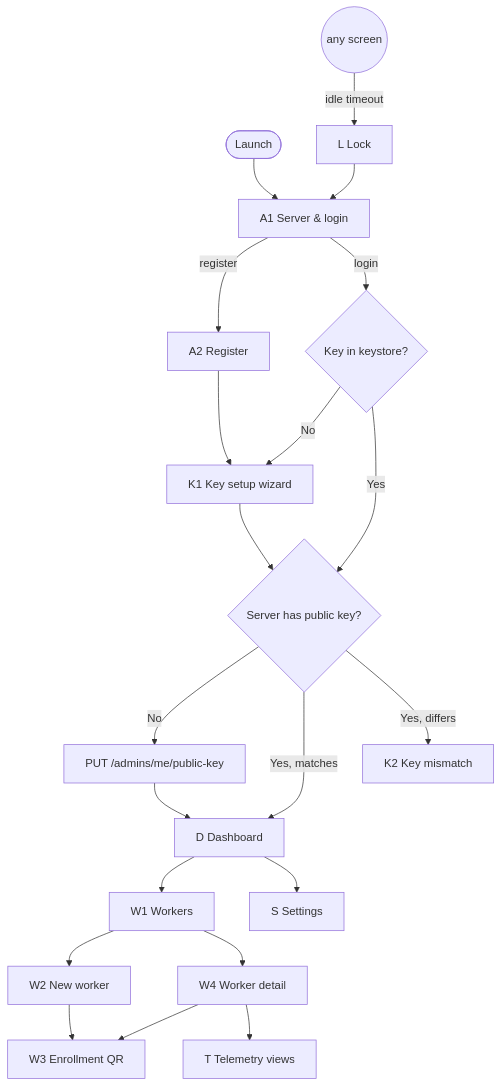
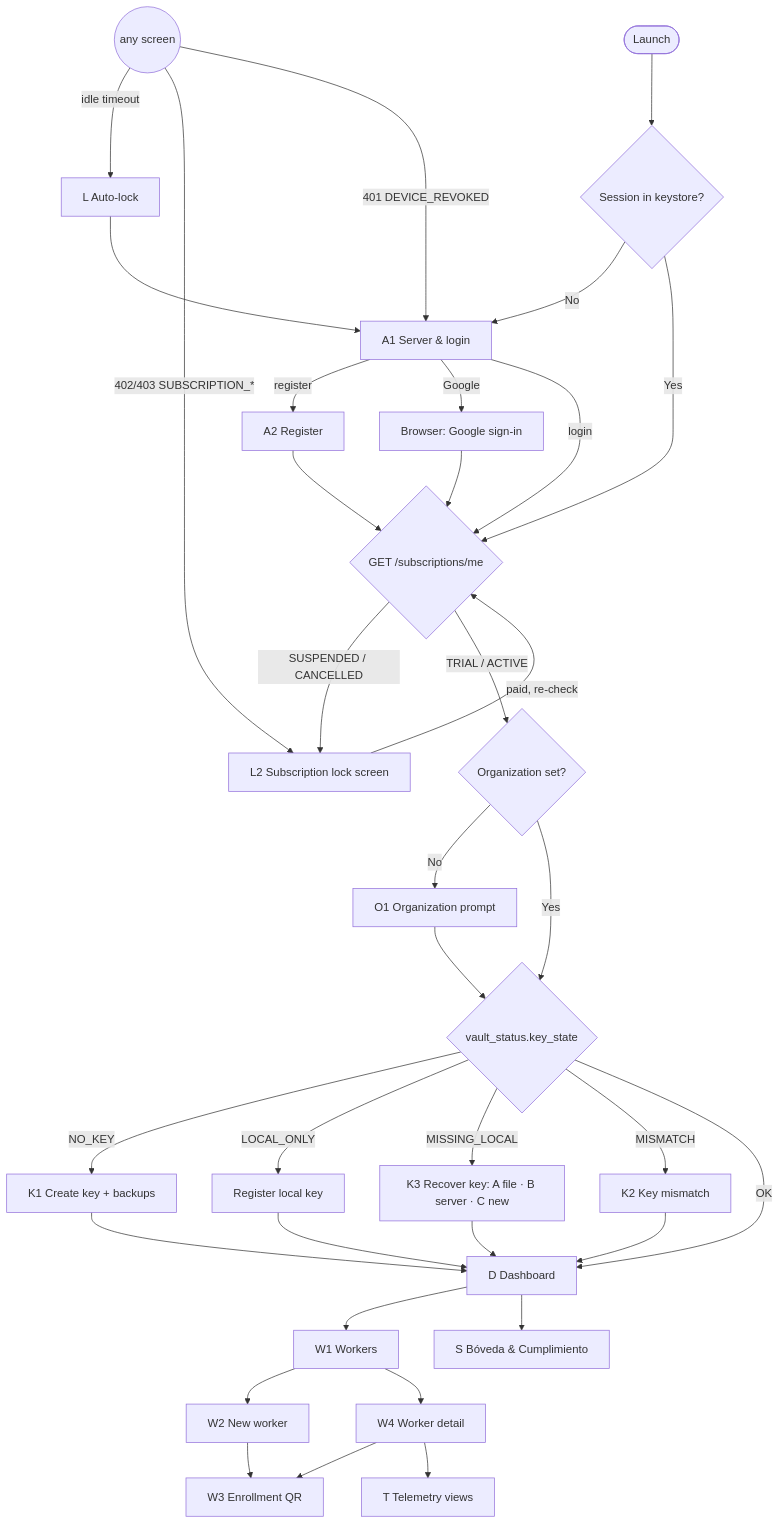
One commit to Demiannnnnn/blindmetrics-apps changed the diagram in docs/admin-app-spec.md. Above: the diagram before and after it, drawn with Mermaid. The commit also changed other lines of this file and 15 other files, not shown here.

````diff
--- a/docs/admin-app-spec.md
+++ b/docs/admin-app-spec.md
@@ -13,21 +14,35 @@
 ```mermaid
 flowchart TD
-    Start([Launch]) --> A1[A1 Server & login]
+    Start([Launch]) --> Sess{Session in keystore?}
+    Sess -- No --> A1[A1 Server & login]
     A1 -- register --> A2[A2 Register]
-    A2 --> K1
-    A1 -- login --> KeyCheck{Key in keystore?}
-    KeyCheck -- No --> K1[K1 Key setup wizard]
-    KeyCheck -- Yes --> PubCheck{Server has public key?}
-    K1 --> PubCheck
-    PubCheck -- No --> Reg[PUT /admins/me/public-key] --> D
-    PubCheck -- Yes, matches --> D[D Dashboard]
-    PubCheck -- Yes, differs --> KX[K2 Key mismatch]
+    A1 -- Google --> G[Browser: Google sign-in]
+    A2 --> SUB
+    G --> SUB
+    A1 -- login --> SUB
+    Sess -- Yes --> SUB{GET /subscriptions/me}
+    SUB -- SUSPENDED / CANCELLED --> L2[L2 Subscription lock screen]
+    L2 -- "paid, re-check" --> SUB
+    SUB -- TRIAL / ACTIVE --> ORG{Organization set?}
+    ORG -- No --> O1[O1 Organization prompt] --> KS
+    ORG -- Yes --> KS{vault_status.key_state}
+    KS -- NO_KEY --> K1[K1 Create key + backups]
+    KS -- LOCAL_ONLY --> K1b[Register local key]
+    KS -- MISSING_LOCAL --> K3[K3 Recover key: A file · B server · C new]
+    KS -- MISMATCH --> K2[K2 Key mismatch]
+    KS -- OK --> D[D Dashboard]
+    K1 --> D
+    K1b --> D
+    K3 --> D
+    K2 --> D
     D --> WL[W1 Workers]
     WL --> WN[W2 New worker] --> WE[W3 Enrollment QR]
     WL --> WD[W4 Worker detail]
     WD --> WE
     WD --> TV[T Telemetry views]
-    D --> S[S Settings]
-    Any((any screen)) -- idle timeout --> L[L Lock]
+    D --> S[S Bóveda & Cumplimiento]
+    Any((any screen)) -- idle timeout --> L[L Auto-lock]
+    Any -- "402/403 SUBSCRIPTION_*" --> L2
+    Any -- "401 DEVICE_REVOKED" --> A1
     L --> A1
 ```
````
